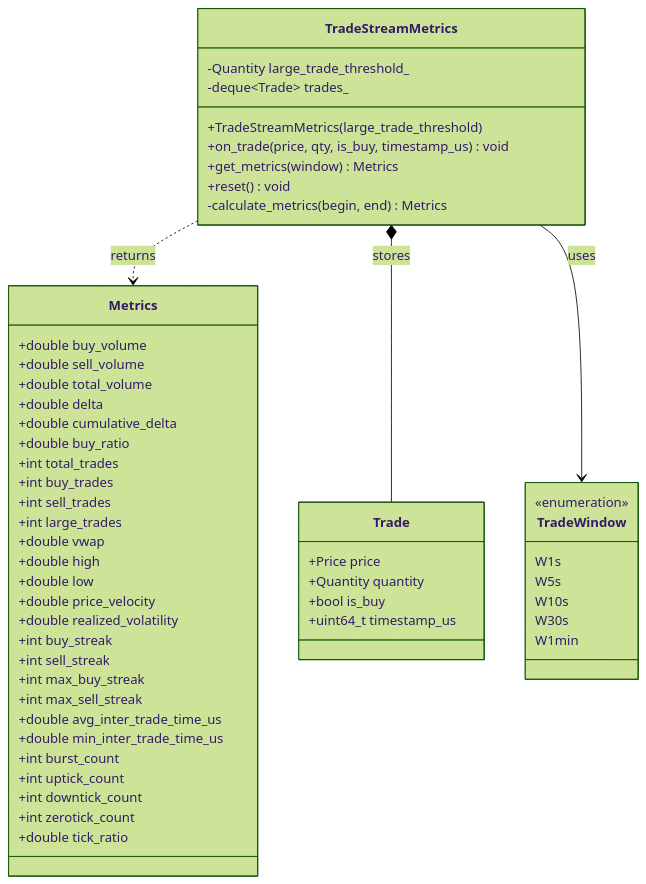
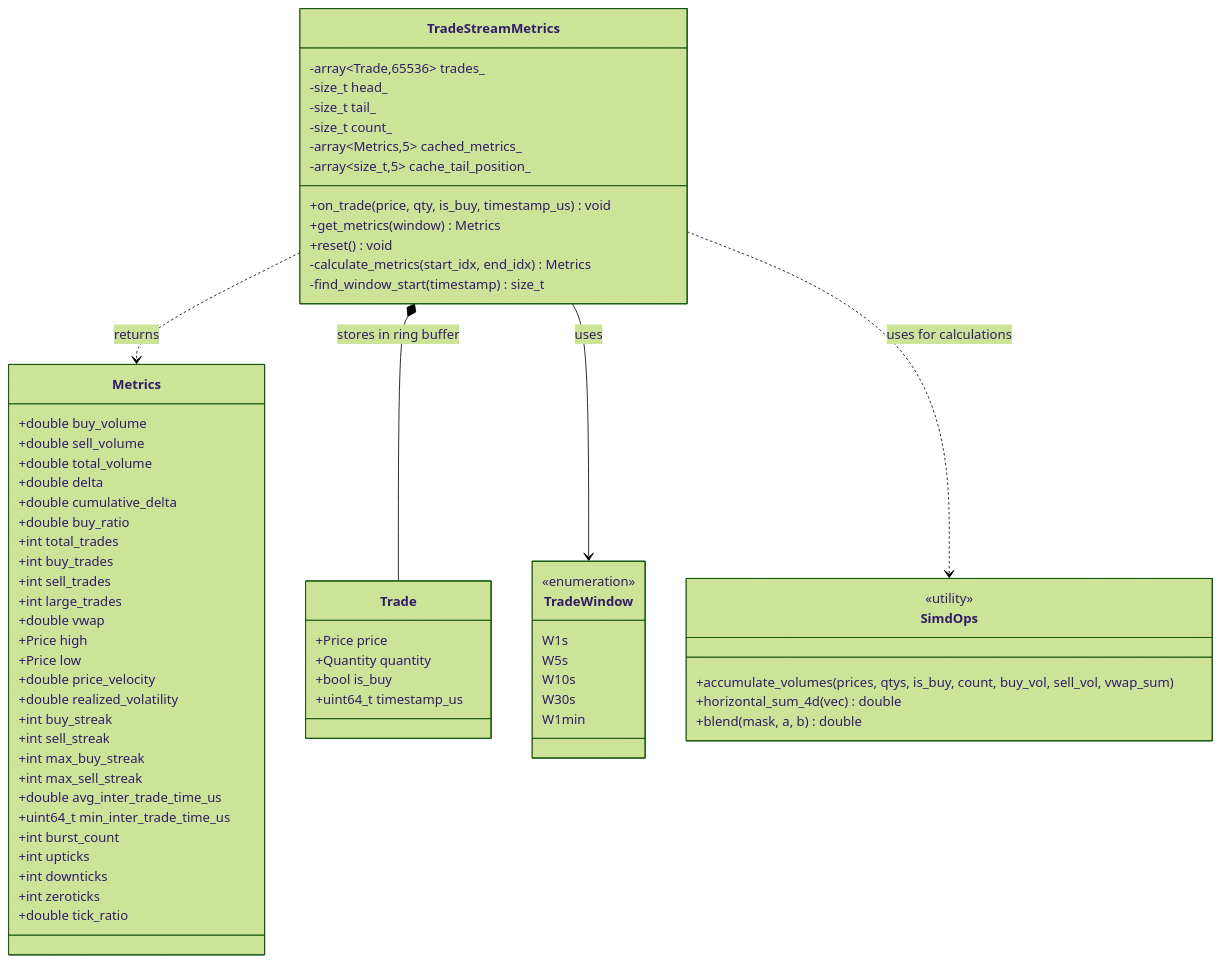
Before and after one commit to orhanveliesen/hft-trading-system: the sixth of 11 diagrams in ARCHITECTURE.md, drawn with Mermaid (forest theme). The commit also changed other lines of this file and 14 other files, not shown here.

First line of the commit message:
[FEAT] #34: Complete Phase 1 - TradeStreamMetrics with SIMD library

````diff
--- a/ARCHITECTURE.md
+++ b/ARCHITECTURE.md
@@ -305,61 +305,73 @@
 ```mermaid
 classDiagram
     class TradeStreamMetrics {
-        -Quantity large_trade_threshold_
-        -deque~Trade~ trades_
-        +TradeStreamMetrics(large_trade_threshold)
+        -array~Trade,65536~ trades_
+        -size_t head_
+        -size_t tail_
+        -size_t count_
+        -array~Metrics,5~ cached_metrics_
+        -array~size_t,5~ cache_tail_position_
         +on_trade(price, qty, is_buy, timestamp_us) void
         +get_metrics(window) Metrics
         +reset() void
-        -calculate_metrics(begin, end) Metrics
+        -calculate_metrics(start_idx, end_idx) Metrics
+        -find_window_start(timestamp) size_t
     }
 
     class Metrics {
         +double buy_volume
         +double sell_volume
         +double total_volume
         +double delta
         +double cumulative_delta
         +double buy_ratio
         +int total_trades
         +int buy_trades
         +int sell_trades
         +int large_trades
         +double vwap
-        +double high
-        +double low
+        +Price high
+        +Price low
         +double price_velocity
         +double realized_volatility
         +int buy_streak
         +int sell_streak
         +int max_buy_streak
         +int max_sell_streak
         +double avg_inter_trade_time_us
-        +double min_inter_trade_time_us
+        +uint64_t min_inter_trade_time_us
         +int burst_count
-        +int uptick_count
-        +int downtick_count
-        +int zerotick_count
+        +int upticks
+        +int downticks
+        +int zeroticks
         +double tick_ratio
     }
 
     class Trade {
         +Price price
         +Quantity quantity
         +bool is_buy
         +uint64_t timestamp_us
     }
 
     class TradeWindow {
         <<enumeration>>
         W1s
         W5s
         W10s
         W30s
         W1min
     }
 
+    class SimdOps {
+        <<utility>>
+        +accumulate_volumes(prices, qtys, is_buy, count, buy_vol, sell_vol, vwap_sum)
+        +horizontal_sum_4d(vec) double
+        +blend(mask, a, b) double
+    }
+
     TradeStreamMetrics ..> Metrics : returns
-    TradeStreamMetrics *-- Trade : stores
+    TradeStreamMetrics *-- Trade : stores in ring buffer
     TradeStreamMetrics --> TradeWindow : uses
+    TradeStreamMetrics ..> SimdOps : uses for calculations
 ```
````
